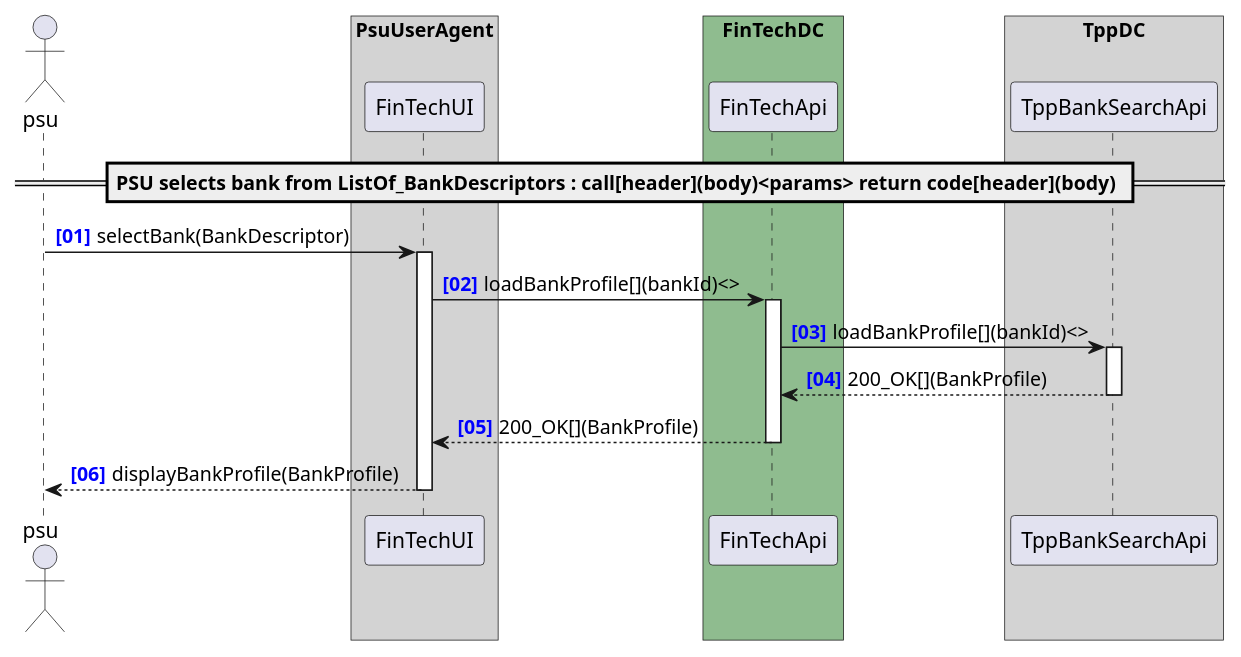
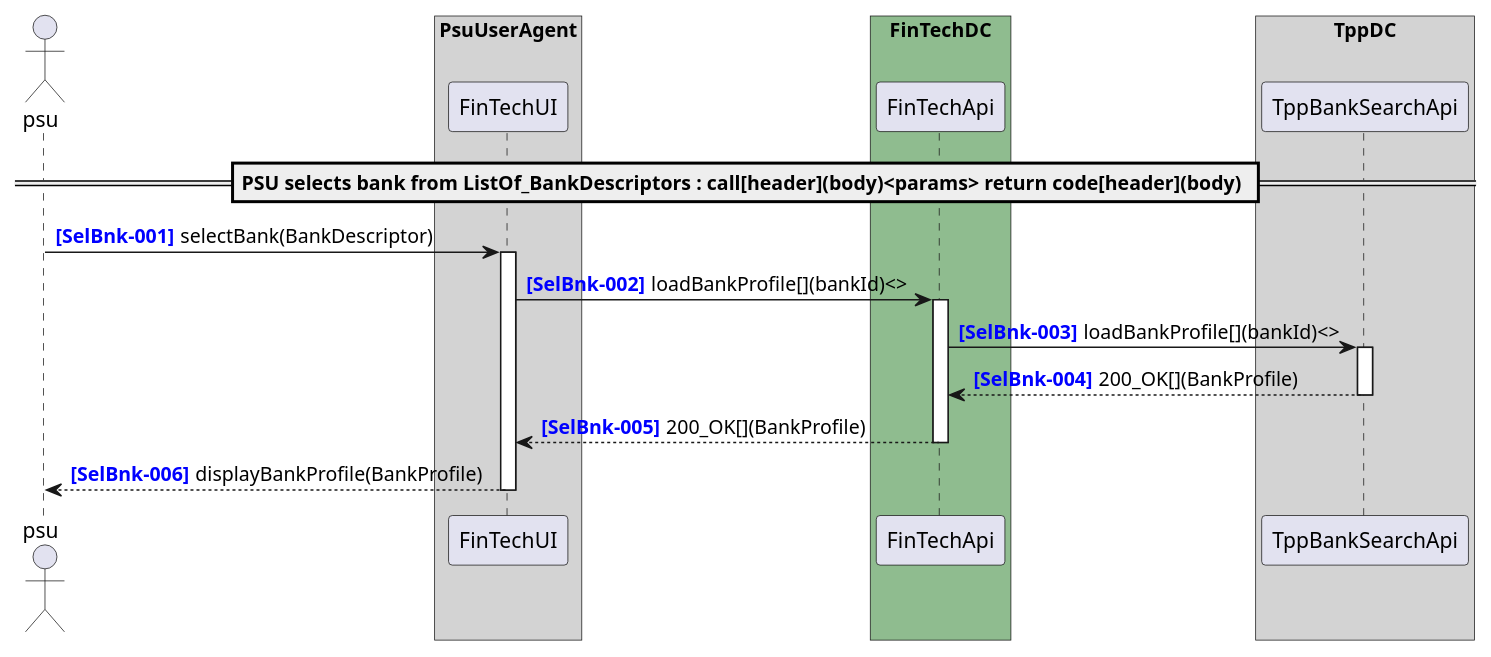
The diagram in docs/architecture/diagrams/useCases/3-selectBank.puml (adorsys/open-banking-gateway), drawn with PlantUML before and after one commit. The commit also changed 15 other files, not shown here.

```diff
--- a/docs/architecture/diagrams/useCases/3-selectBank.puml
+++ b/docs/architecture/diagrams/useCases/3-selectBank.puml
@@ -1,37 +1,37 @@
 @startuml
 
-autonumber "<b><color blue>[00]"
+autonumber "<b><color blue>[SelBnk-000]</color></b>"
 actor psu
 
 box "PsuUserAgent" #LightGray
     participant "FinTechUI" as FinTechUI
     'participant "ConsentAuthorisationUI" as ConsentAuthorisationUI
     'participant "OnlineBankingUI" as OnlineBankingUI
 end box
 box "FinTechDC" #DarkSeaGreen
     participant "FinTechApi" as FinTechApi
 end box
 box "TppDC" #LightGray
     'participant "TppBankingApi" as TppBankingApi
     participant "TppBankSearchApi" as TppBankSearchApi
     'participant "ConsentAuthorisationApi" as ConsentAuthorisationApi
 
     'participant "RedirectSessionStoreApi" as RedirectSessionStoreApi
     'participant "BankingProtocolSelector" as BankingProtocolSelector
     'participant "BankingProtocol" as BankingProtocol
 end box
 box "AspspDC" #LightSkyBlue
 	'participant "AspspBankingApi" as AspspBankingApi
     'participant "OnlineBankingApi" as OnlineBankingApi
 end box
 
 == PSU selects bank from ListOf_BankDescriptors : call[header](body)<params> return code[header](body) ==
 
 psu -> FinTechUI ++ : selectBank(BankDescriptor)
 FinTechUI -> FinTechApi ++ : loadBankProfile[](bankId)<>
 FinTechApi -> TppBankSearchApi ++ : loadBankProfile[](bankId)<>
 return 200_OK[](BankProfile)
 return 200_OK[](BankProfile)
 return displayBankProfile(BankProfile)
 
 @enduml
```
